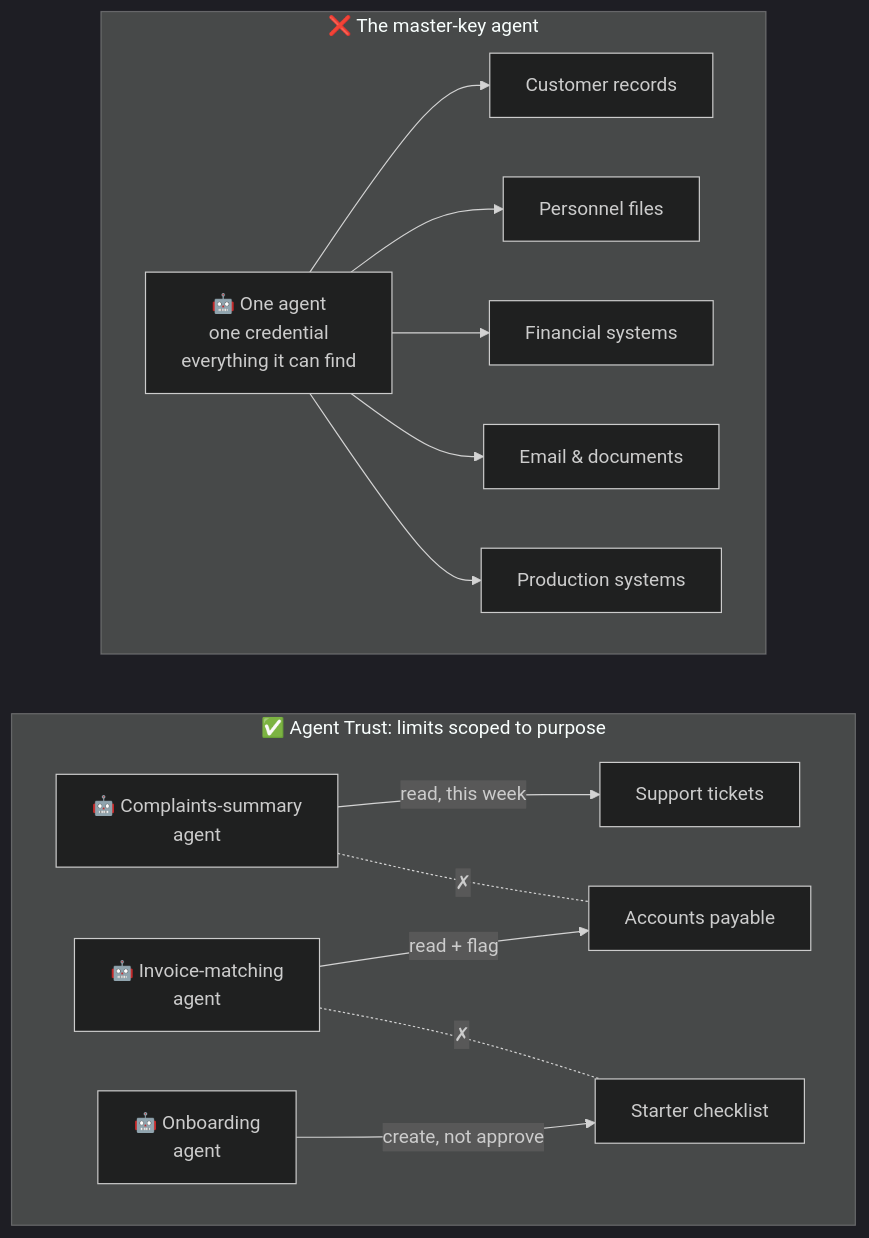
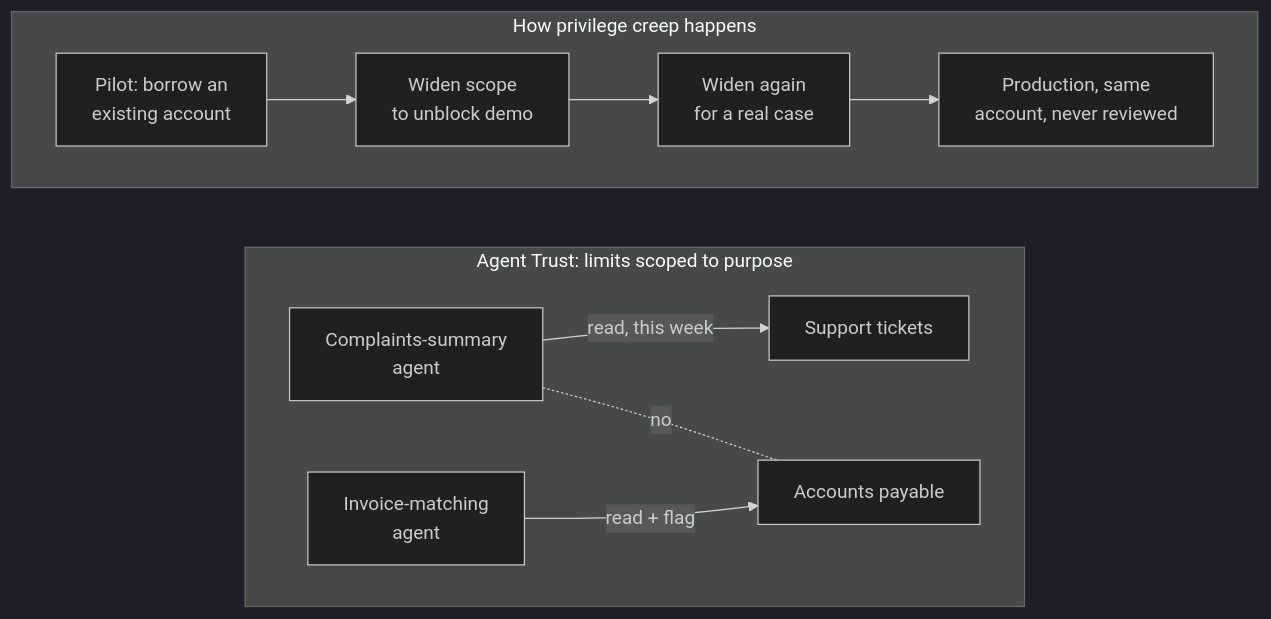
One commit to subodhpatil/suubodhpatil.github.io changed the second of 2 diagrams in _posts/2026-10-03-from-zero-trust-to-agent-trust.md. Above: the diagram before and after it, drawn with Mermaid (dark theme). The commit also changed other lines of this file, not shown here.

Commit message:
Agent Trust post: tighten to ~12 min read, distinguish autonomous agents from copilots, acknowledge NHI view, business/investor framing

````diff
--- a/_posts/2026-10-03-from-zero-trust-to-agent-trust.md
+++ b/_posts/2026-10-03-from-zero-trust-to-agent-trust.md
@@ -186,28 +154,22 @@
 ```mermaid
 flowchart TB
-    subgraph BAD["❌ The master-key agent"]
+    subgraph BAD["How privilege creep happens"]
         direction LR
-        SA["🤖 One agent
-        one credential
-        everything it can find"]
-        SA --> D1[Customer records]
-        SA --> D2[Personnel files]
-        SA --> D3[Financial systems]
-        SA --> D4[Email & documents]
-        SA --> D5[Production systems]
+        P1["Pilot: borrow an
+        existing account"] --> P2["Widen scope
+        to unblock demo"] --> P3["Widen again
+        for a real case"] --> P4["Production, same
+        account, never reviewed"]
     end
 
-    subgraph GOOD["✅ Agent Trust: limits scoped to purpose"]
+    subgraph GOOD["Agent Trust: limits scoped to purpose"]
         direction LR
-        A1["🤖 Complaints-summary
+        A1["Complaints-summary
         agent"] -->|"read, this week"| T1[Support tickets]
-        A2["🤖 Invoice-matching
+        A2["Invoice-matching
         agent"] -->|"read + flag"| T2[Accounts payable]
-        A3["🤖 Onboarding
-        agent"] -->|"create, not approve"| T3[Starter checklist]
-        A1 -. ✗ .- T2
-        A2 -. ✗ .- T3
+        A1 -. no .- T2
     end
 
     BAD ~~~ GOOD
 ```
````
